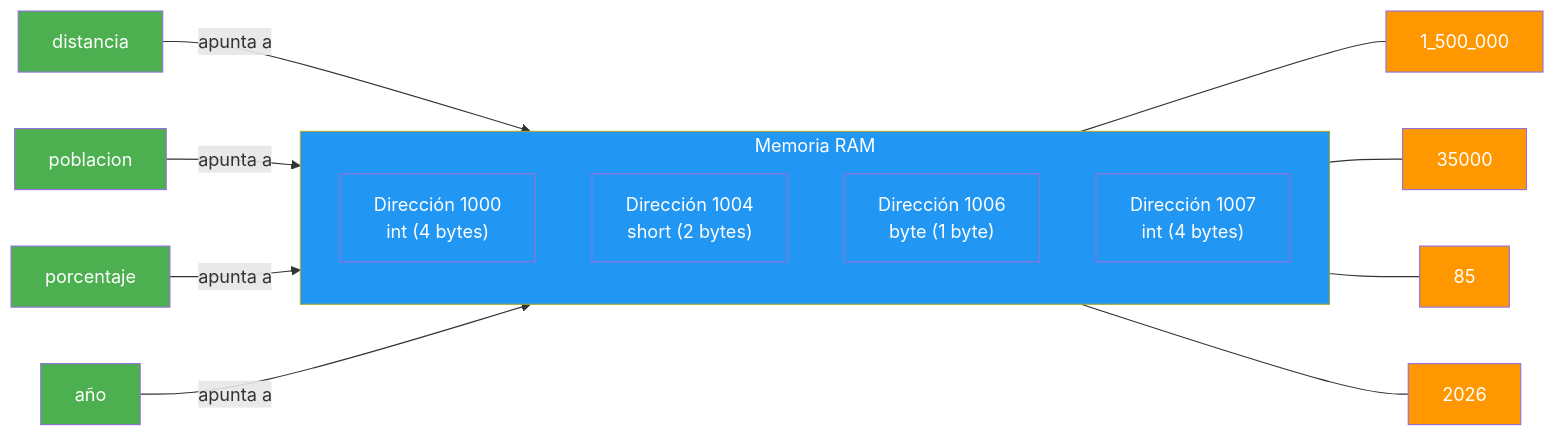
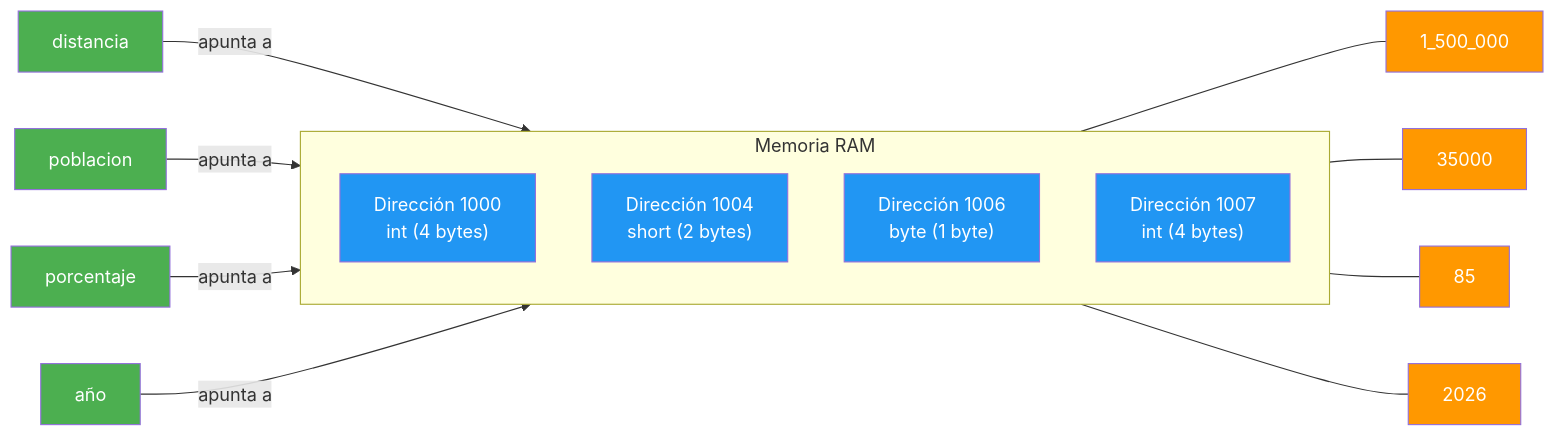
One commit to joseluisgs/Programacion-01-2026-2027 changed the first of 6 diagrams in 05-tipos-datos.md. Above: the diagram before and after it, drawn with Mermaid. The commit also changed other lines of this file and 3 other files, not shown here.

First line of the commit message:
docs: elimina los style de los subgraf de los diagramas Mermaid

````diff
--- a/05-tipos-datos.md
+++ b/05-tipos-datos.md
@@ -37,31 +37,30 @@
 ```mermaid
 graph LR
     subgraph MEMORIA ["Memoria RAM"]
         direction TB
         DIR_1000["Dirección 1000<br/>int (4 bytes)"]
         DIR_1004["Dirección 1004<br/>short (2 bytes)"]
         DIR_1006["Dirección 1006<br/>byte (1 byte)"]
         DIR_1007["Dirección 1007<br/>int (4 bytes)"]
     end
     NOMBRE_1["distancia"] -->|"apunta a"| DIR_1000
     NOMBRE_2["poblacion"] -->|"apunta a"| DIR_1004
     NOMBRE_3["porcentaje"] -->|"apunta a"| DIR_1006
     NOMBRE_4["año"] -->|"apunta a"| DIR_1007
     DIR_1000 --- VALOR_1["1_500_000"]
     DIR_1004 --- VALOR_2["35000"]
     DIR_1006 --- VALOR_3["85"]
     DIR_1007 --- VALOR_4["2026"]
-    style MEMORIA fill:#2196F3,color:#fff
 style DIR_1000 fill:#2196F3,color:#fff
   style DIR_1004 fill:#2196F3,color:#fff
   style DIR_1006 fill:#2196F3,color:#fff
   style DIR_1007 fill:#2196F3,color:#fff
     style NOMBRE_1 fill:#4CAF50,color:#fff
     style NOMBRE_2 fill:#4CAF50,color:#fff
     style NOMBRE_3 fill:#4CAF50,color:#fff
     style NOMBRE_4 fill:#4CAF50,color:#fff
     style VALOR_1 fill:#FF9800,color:#fff
     style VALOR_2 fill:#FF9800,color:#fff
     style VALOR_3 fill:#FF9800,color:#fff
     style VALOR_4 fill:#FF9800,color:#fff
 ```
````
